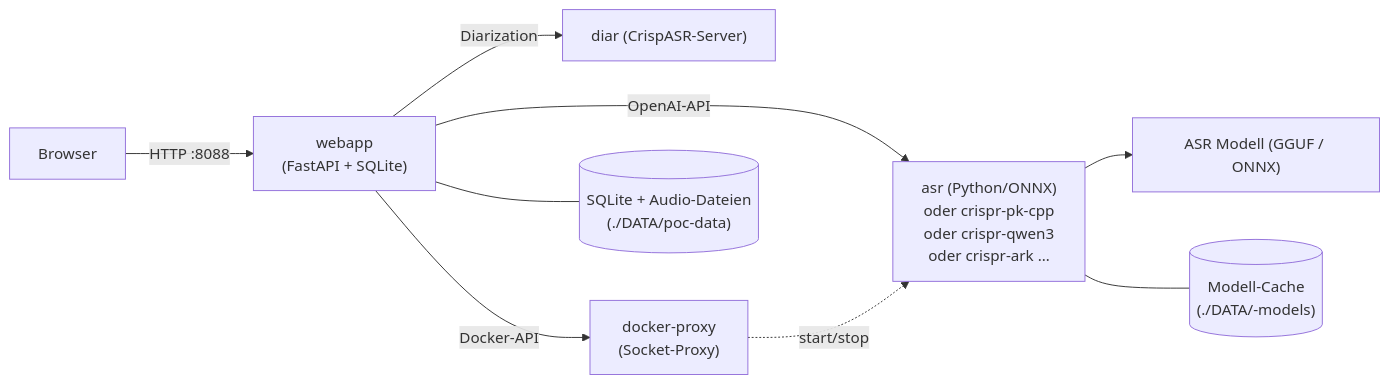
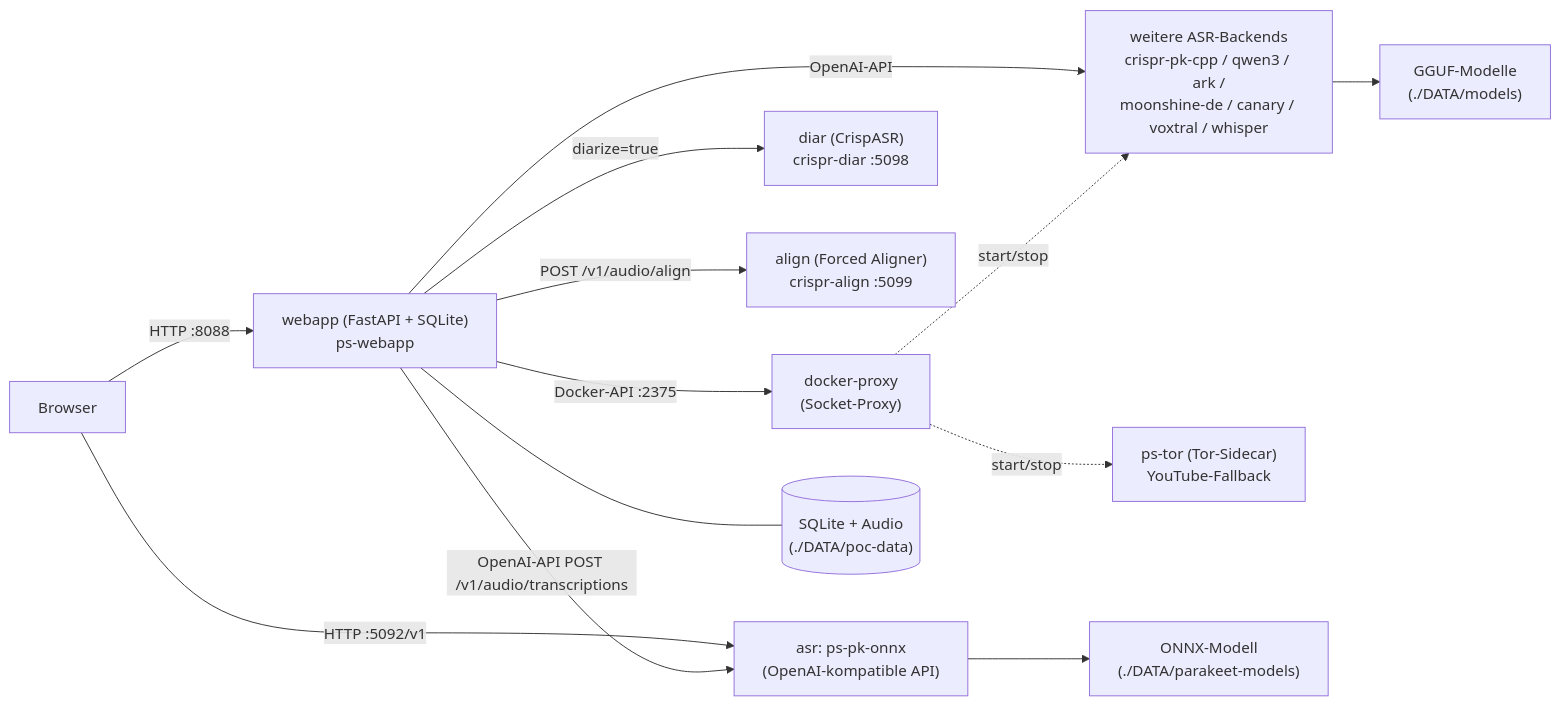
The diagram in docs/architecture.md (tilllt/polyschnack-asr), drawn with Mermaid before and after one commit. The commit also changed other lines of this file and 21 other files, not shown here.

````diff
--- a/docs/architecture.md
+++ b/docs/architecture.md
@@ -3,11 +10,17 @@
 ```mermaid
 graph LR
-    Browser -->|HTTP :8088| webapp["webapp<br/>(FastAPI + SQLite)"]
-    webapp -->|OpenAI-API| asr["asr (Python/ONNX)<br/>oder crispr-pk-cpp<br/>oder crispr-qwen3<br/>oder crispr-ark …"]
-    webapp -->|Diarization| diar["diar (CrispASR-Server)"]
-    webapp -->|Docker-API| proxy["docker-proxy<br/>(Socket-Proxy)"]
+    Browser -->|HTTP :8088| webapp["webapp (FastAPI + SQLite)<br/>ps-webapp"]
+    Browser -->|HTTP :5092/v1| asr0["asr: ps-pk-onnx<br/>(OpenAI-kompatible API)"]
+
+    webapp -->|OpenAI-API POST /v1/audio/transcriptions| asr0
+    webapp -->|OpenAI-API| asr["weitere ASR-Backends<br/>crispr-pk-cpp / qwen3 / ark /<br/>moonshine-de / canary / voxtral / whisper"]
+    webapp -->|diarize=true| diar["diar (CrispASR)<br/>crispr-diar :5098"]
+    webapp -->|POST /v1/audio/align| align["align (Forced Aligner)<br/>crispr-align :5099"]
+    webapp -->|Docker-API :2375| proxy["docker-proxy<br/>(Socket-Proxy)"]
     proxy -.start/stop.-> asr
-    asr --> model["ASR Modell (GGUF / ONNX)"]
-    webapp --- db[("SQLite + Audio-Dateien<br/>(./DATA/poc-data)")]
-    asr --- mcache[("Modell-Cache<br/>(./DATA/<name>-models)")]
+    proxy -.start/stop.-> tor["ps-tor (Tor-Sidecar)<br/>YouTube-Fallback"]
+
+    asr0 --> model0["ONNX-Modell<br/>(./DATA/parakeet-models)"]
+    asr --> models["GGUF-Modelle<br/>(./DATA/models)"]
+    webapp --- db[("SQLite + Audio<br/>(./DATA/poc-data)")]
 ```
````
